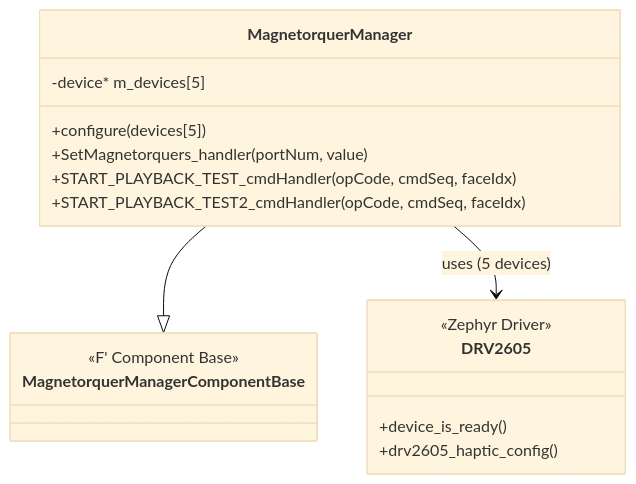
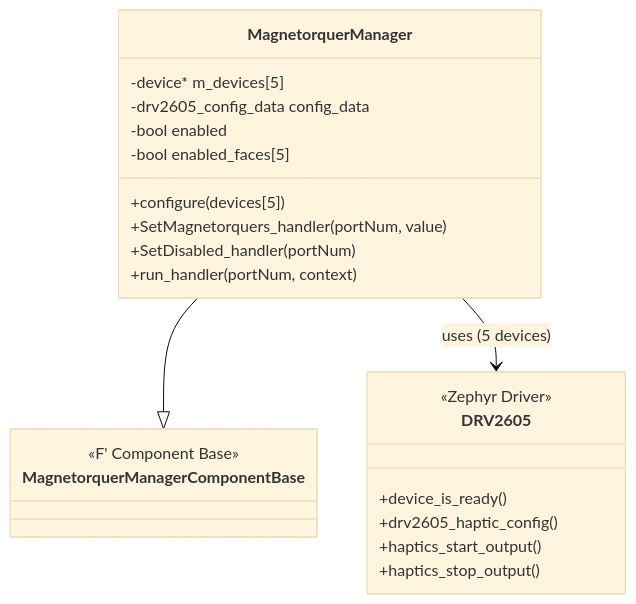
Before and after one commit to Open-Source-Space-Foundation/proves-core-reference: the second of 4 diagrams in FprimeZephyrReference/Components/Drv/MagnetorquerManager/docs/sdd.md, drawn with Mermaid (base theme). The commit also changed other lines of this file, not shown here.

````diff
--- a/FprimeZephyrReference/Components/Drv/MagnetorquerManager/docs/sdd.md
+++ b/FprimeZephyrReference/Components/Drv/MagnetorquerManager/docs/sdd.md
@@ -32,23 +34,28 @@
 ```mermaid
 classDiagram
     class MagnetorquerManager {
         -device* m_devices[5]
+        -drv2605_config_data config_data
+        -bool enabled
+        -bool enabled_faces[5]
         +configure(devices[5])
         +SetMagnetorquers_handler(portNum, value)
-        +START_PLAYBACK_TEST_cmdHandler(opCode, cmdSeq, faceIdx)
-        +START_PLAYBACK_TEST2_cmdHandler(opCode, cmdSeq, faceIdx)
+        +SetDisabled_handler(portNum)
+        +run_handler(portNum, context)
     }
 
     class MagnetorquerManagerComponentBase {
         <<F' Component Base>>
     }
 
     class DRV2605 {
         <<Zephyr Driver>>
         +device_is_ready()
         +drv2605_haptic_config()
+        +haptics_start_output()
+        +haptics_stop_output()
     }
 
     MagnetorquerManager --|> MagnetorquerManagerComponentBase
     MagnetorquerManager --> DRV2605 : uses (5 devices)
 ```
````
